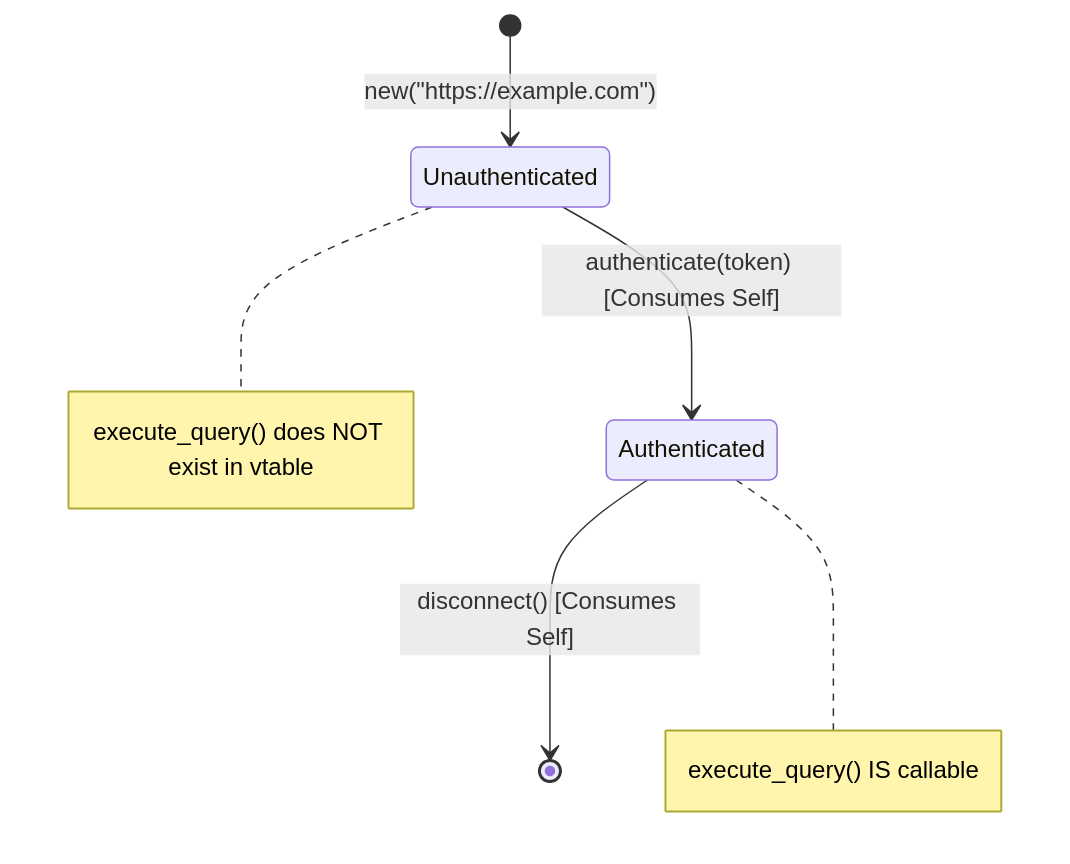
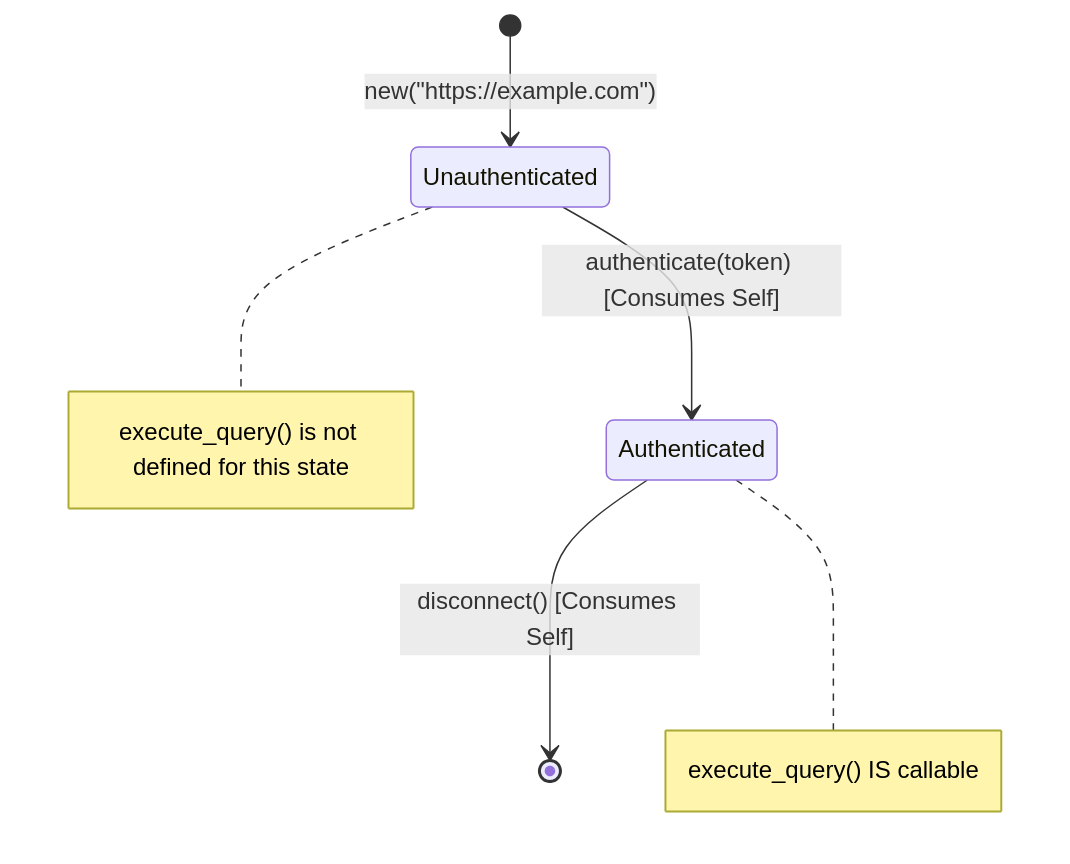
Before and after one commit to dan-petty/vibes: the diagram in observations/polyglot/01-rust-type-state-invariants.md, drawn with Mermaid. The commit also changed other lines of this file and 248 other files, not shown here.

````diff
--- a/observations/polyglot/01-rust-type-state-invariants.md
+++ b/observations/polyglot/01-rust-type-state-invariants.md
@@ -78,8 +78,8 @@
 ```mermaid
 stateDiagram-v2
     [*] --> Unauthenticated: new("https://example.com")
     Unauthenticated --> Authenticated: authenticate(token) [Consumes Self]
     Authenticated --> [*]: disconnect() [Consumes Self]
-    note right of Unauthenticated: execute_query() does NOT exist in vtable
+    note right of Unauthenticated: execute_query() is not defined for this state
     note right of Authenticated: execute_query() IS callable
 ```
````
